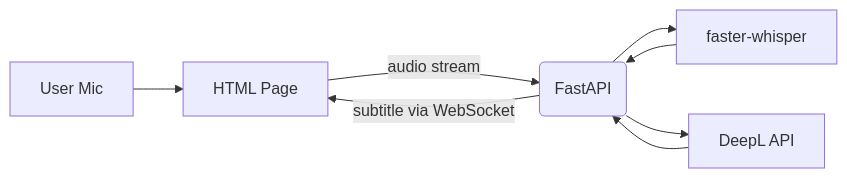
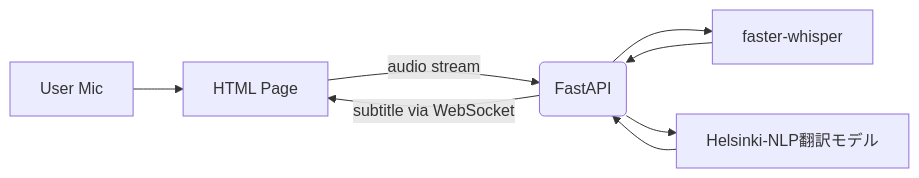
The diagram in docs/architecture.md (kazukiminemura/Bilingual_Live_Translator), drawn with Mermaid before and after one commit. The commit also changed other lines of this file and 1 other file, not shown here.

Commit message:
docs: replace DeepL with Helsinki-NLP model

````diff
--- a/docs/architecture.md
+++ b/docs/architecture.md
@@ -12,10 +12,10 @@
 ```mermaid
 graph LR
     A[User Mic] --> B[HTML Page]
     B -- audio stream --> C(FastAPI)
     C --> D[faster-whisper]
     D --> C
-    C --> E[DeepL API]
+    C --> E[Helsinki-NLP翻訳モデル]
     E --> C
     C -- subtitle via WebSocket --> B
 ```
````
